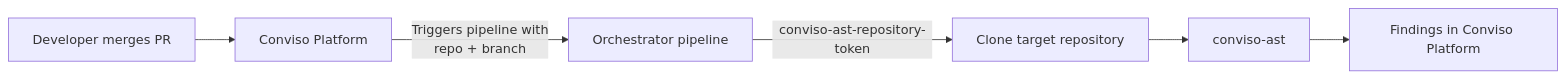
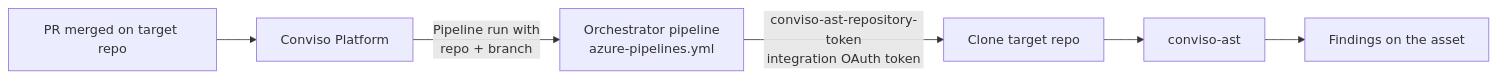
One commit to convisoappsec/conviso-docs changed the diagram in docs/integrations/azure-devops-ast-orchestrator.md. Above: the diagram before and after it, drawn with Mermaid. The commit also changed other lines of this file, not shown here.

Commit message:
Fix doc azure devops

````diff
--- a/docs/integrations/azure-devops-ast-orchestrator.md
+++ b/docs/integrations/azure-devops-ast-orchestrator.md
@@ -25,8 +27,8 @@
 ```mermaid
 flowchart LR
-    A[Developer merges PR] --> B[Conviso Platform]
-    B -->|Triggers pipeline with<br/>repo + branch| C[Orchestrator pipeline]
-    C -->|conviso-ast-repository-token| D[Clone target repository]
+    A[PR merged on target repo] --> B[Conviso Platform]
+    B -->|Pipeline run with<br/>repo + branch| C[Orchestrator pipeline<br/>azure-pipelines.yml]
+    C -->|conviso-ast-repository-token<br/>integration OAuth token| D[Clone target repo]
     D --> E[conviso-ast]
-    E --> F[Findings in Conviso Platform]
+    E --> F[Findings on the asset]
 ```
````
